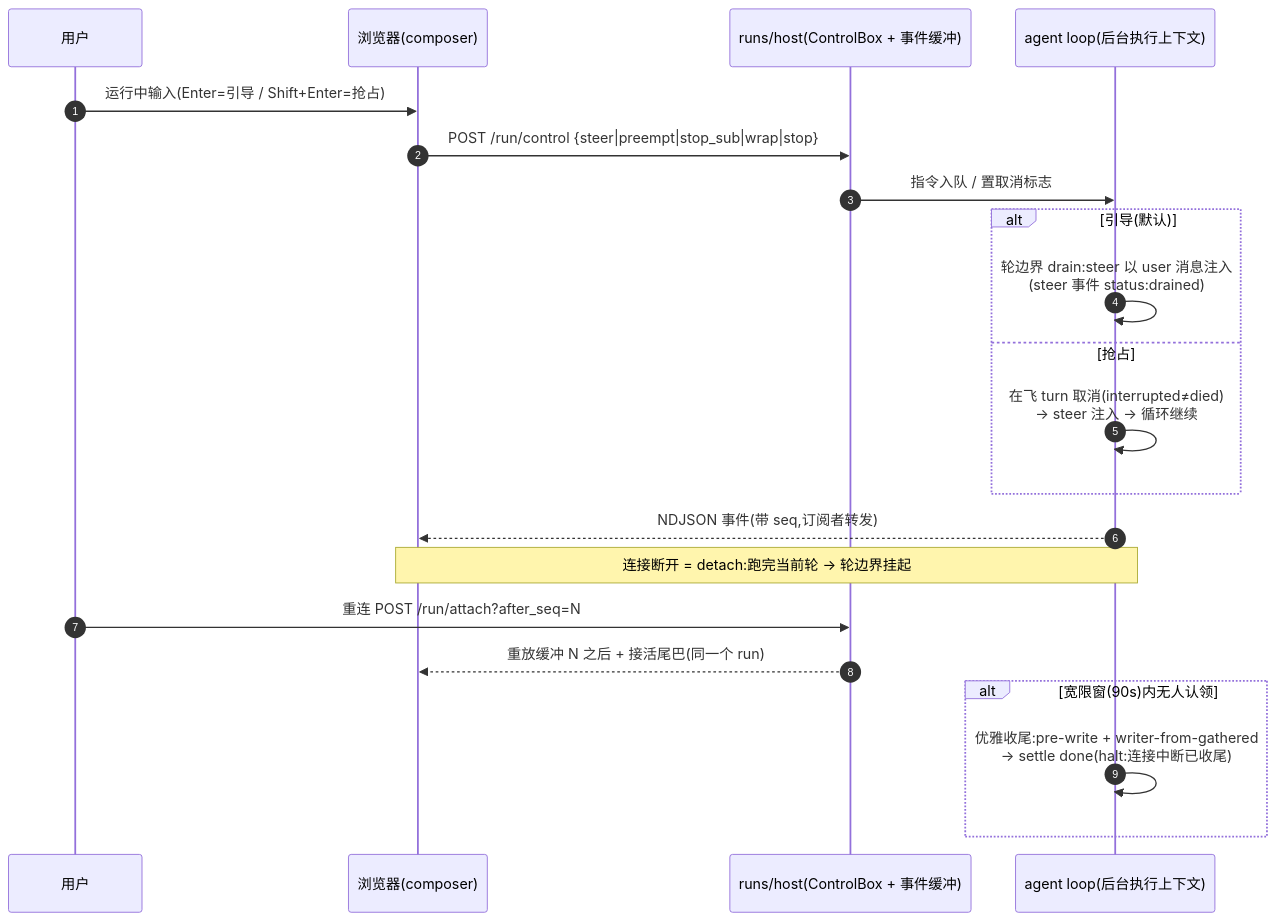
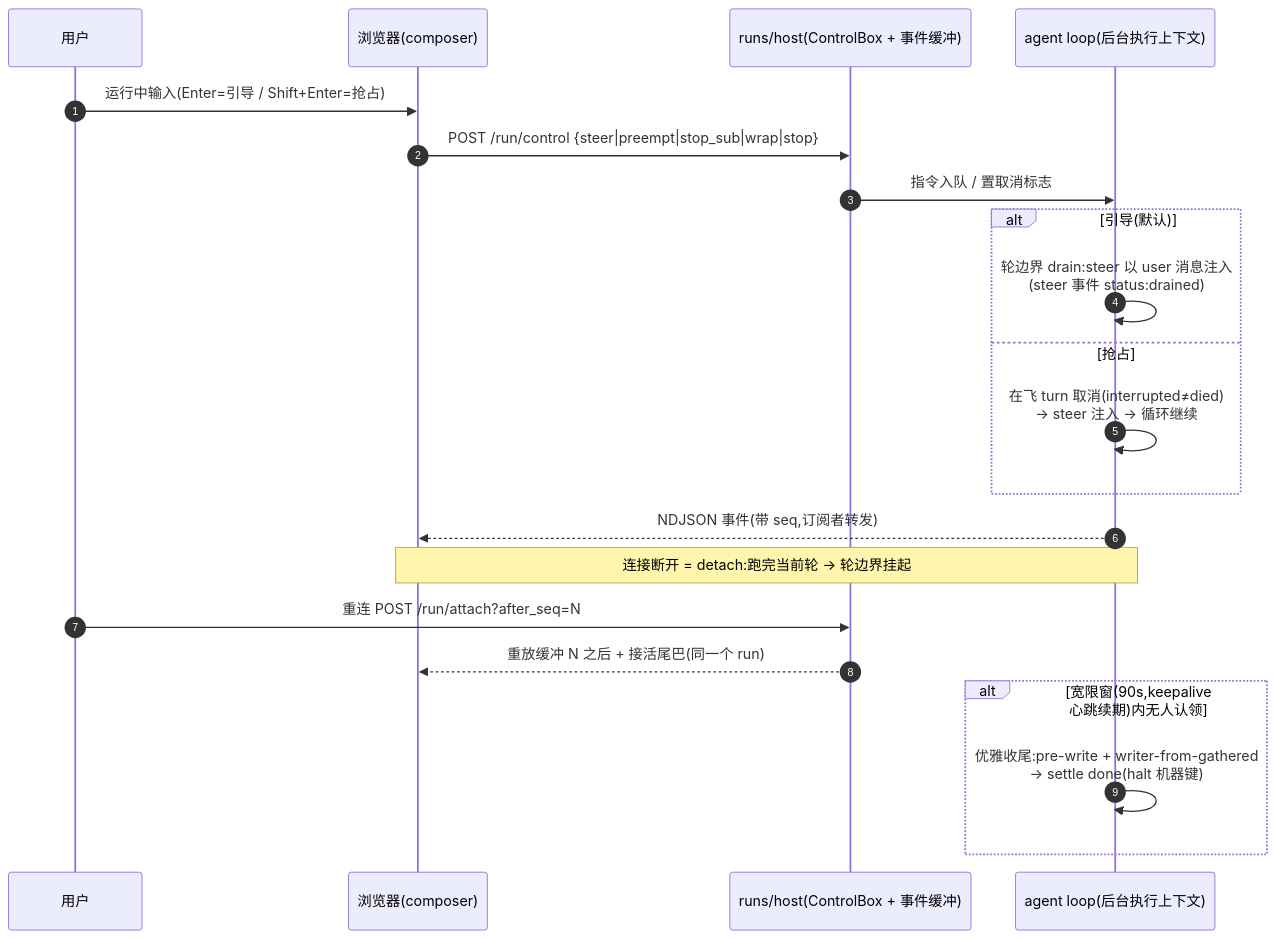
Before and after one commit to hezhijie0327/ZJSearch: the fifth of 5 diagrams in NEXTGEN-DESIGN.md, drawn with Mermaid. The commit also changed other lines of this file and 3 other files, not shown here.

````diff
--- a/NEXTGEN-DESIGN.md
+++ b/NEXTGEN-DESIGN.md
@@ -747,23 +336,23 @@
 ```mermaid
 sequenceDiagram
   autonumber
   participant U as 用户
   participant C as 浏览器(composer)
   participant H as runs/host(ControlBox + 事件缓冲)
   participant L as agent loop(后台执行上下文)
   U->>C: 运行中输入(Enter=引导 / Shift+Enter=抢占)
   C->>H: POST /run/control {steer|preempt|stop_sub|wrap|stop}
   H->>L: 指令入队 / 置取消标志
   alt 引导(默认)
     L->>L: 轮边界 drain:steer 以 user 消息注入<br/>(steer 事件 status:drained)
   else 抢占
     L->>L: 在飞 turn 取消(interrupted≠died)<br/>→ steer 注入 → 循环继续
   end
   L-->>C: NDJSON 事件(带 seq,订阅者转发)
   Note over C,L: 连接断开 = detach:跑完当前轮 → 轮边界挂起
   U->>H: 重连 POST /run/attach?after_seq=N
   H-->>C: 重放缓冲 N 之后 + 接活尾巴(同一个 run)
-  alt 宽限窗(90s)内无人认领
-    L->>L: 优雅收尾:pre-write + writer-from-gathered<br/>→ settle done(halt:连接中断已收尾)
+  alt 宽限窗(90s,keepalive 心跳续期)内无人认领
+    L->>L: 优雅收尾:pre-write + writer-from-gathered<br/>→ settle done(halt 机器键)
   end
 ```
````
